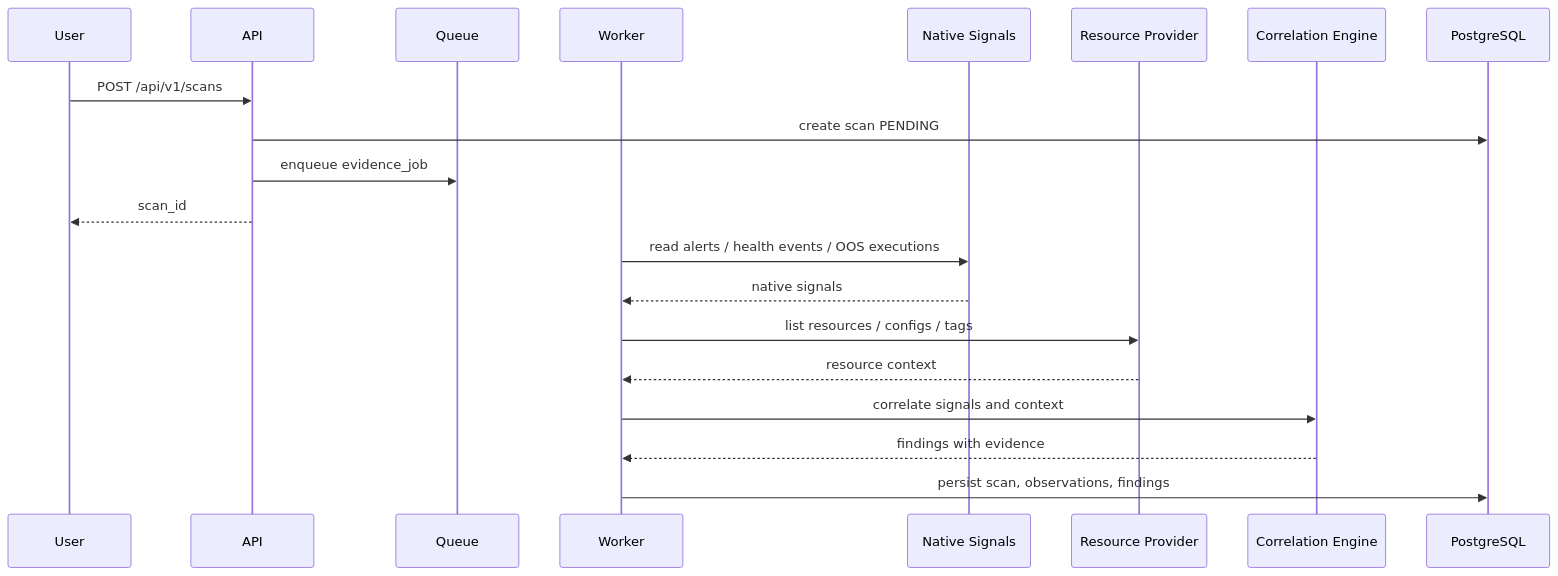
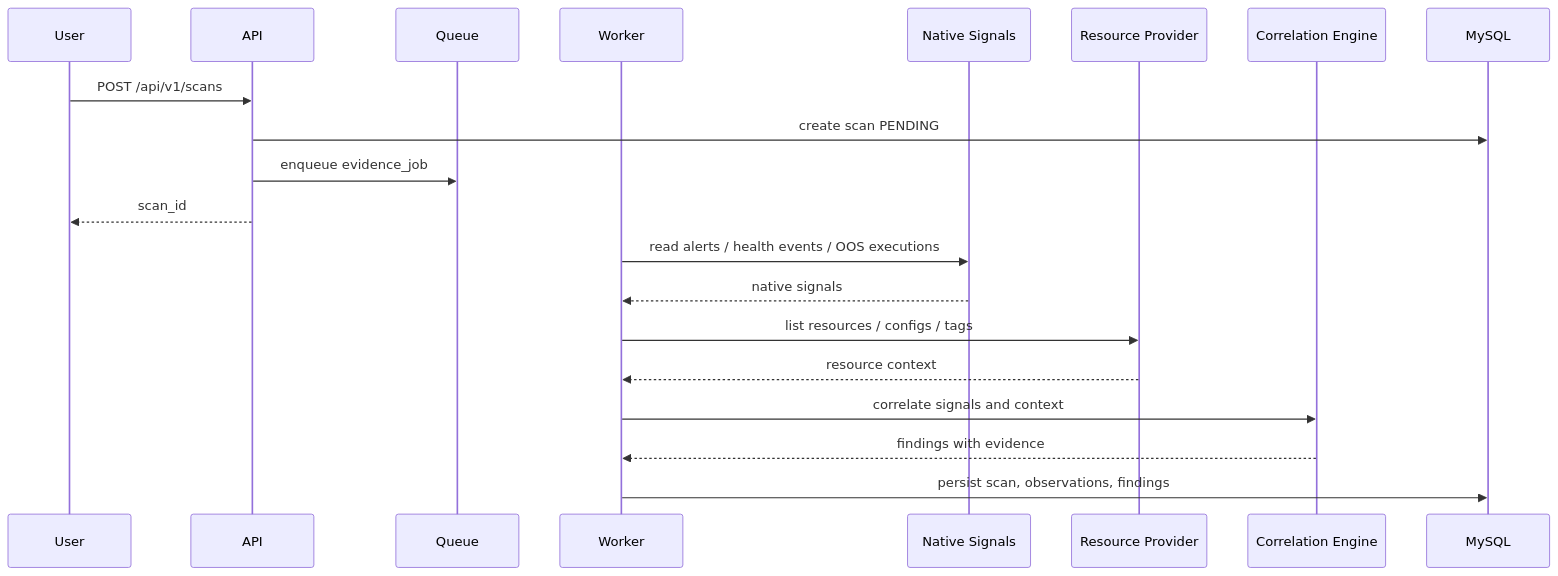
One commit to ChrisXiejq/SoloOps changed the second of 4 diagrams in docs/02-architecture.md. Above: the diagram before and after it, drawn with Mermaid. The commit also changed other lines of this file and 22 other files, not shown here.

````diff
--- a/docs/02-architecture.md
+++ b/docs/02-architecture.md
@@ -67,23 +67,23 @@
 ```mermaid
 sequenceDiagram
   participant U as User
   participant API as API
   participant Q as Queue
   participant W as Worker
   participant S as Native Signals
   participant P as Resource Provider
   participant R as Correlation Engine
-  participant DB as PostgreSQL
+  participant DB as MySQL
 
   U->>API: POST /api/v1/scans
   API->>DB: create scan PENDING
   API->>Q: enqueue evidence_job
   API-->>U: scan_id
   W->>S: read alerts / health events / OOS executions
   S-->>W: native signals
   W->>P: list resources / configs / tags
   P-->>W: resource context
   W->>R: correlate signals and context
   R-->>W: findings with evidence
   W->>DB: persist scan, observations, findings
 ```
````
